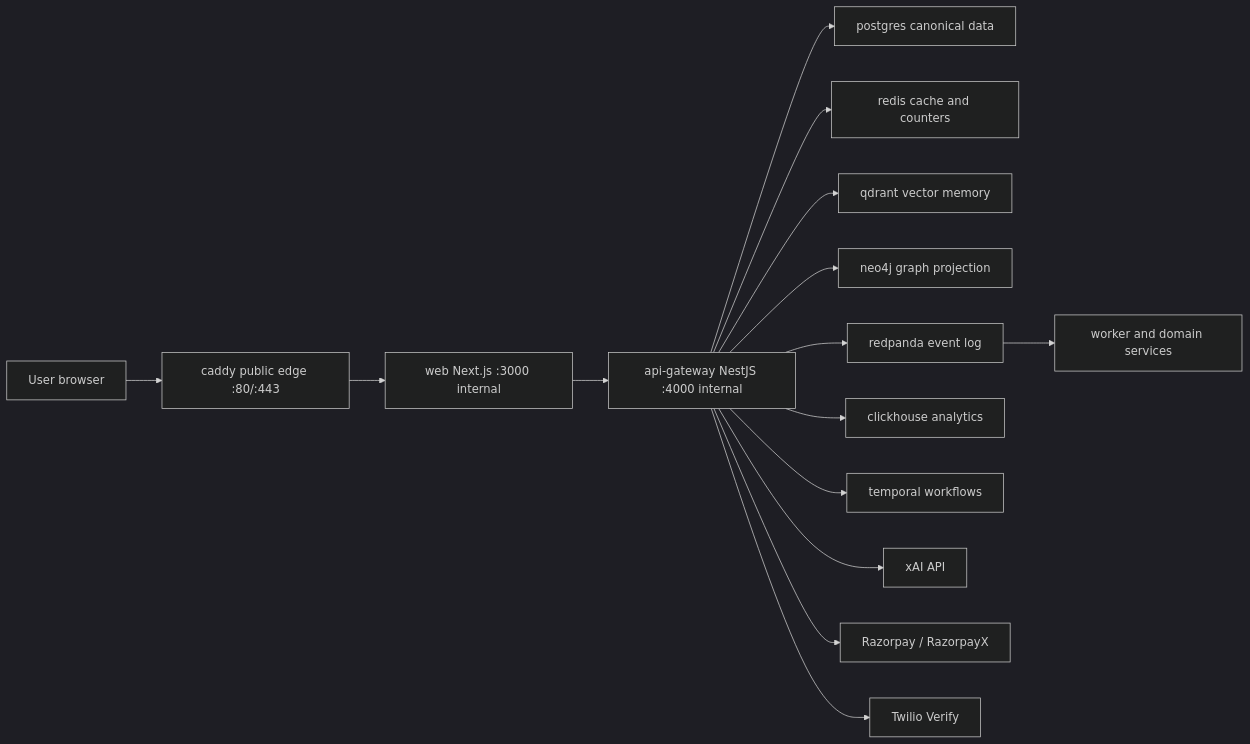
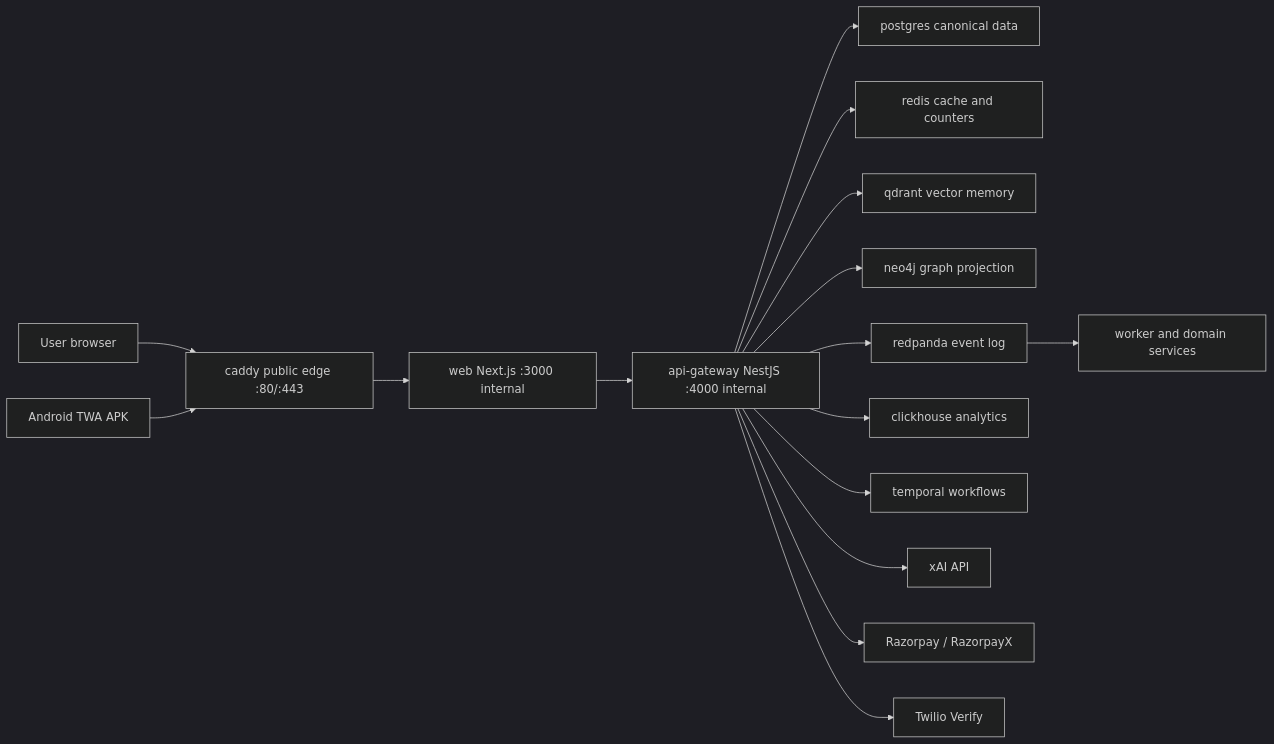
One commit to Afnanksalal/hana-chat changed the diagram in docs/vps-container-map.md. Above: the diagram before and after it, drawn with Mermaid (dark theme). The commit also changed other lines of this file and 56 other files, not shown here.

Commit message:
feat: add Android TWA packaging

````diff
--- a/docs/vps-container-map.md
+++ b/docs/vps-container-map.md
@@ -10,17 +10,18 @@
 ```mermaid
 flowchart LR
   Browser["User browser"] --> Caddy["caddy public edge :80/:443"]
+  Apk["Android TWA APK"] --> Caddy
   Caddy --> Web["web Next.js :3000 internal"]
   Web --> Api["api-gateway NestJS :4000 internal"]
   Api --> Pg["postgres canonical data"]
   Api --> Redis["redis cache and counters"]
   Api --> Qdrant["qdrant vector memory"]
   Api --> Neo4j["neo4j graph projection"]
   Api --> Redpanda["redpanda event log"]
   Api --> ClickHouse["clickhouse analytics"]
   Api --> Temporal["temporal workflows"]
   Api --> Xai["xAI API"]
   Api --> Payments["Razorpay / RazorpayX"]
   Api --> Sms["Twilio Verify"]
   Redpanda --> Workers["worker and domain services"]
 ```
````
